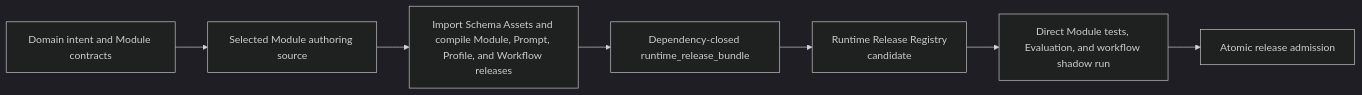
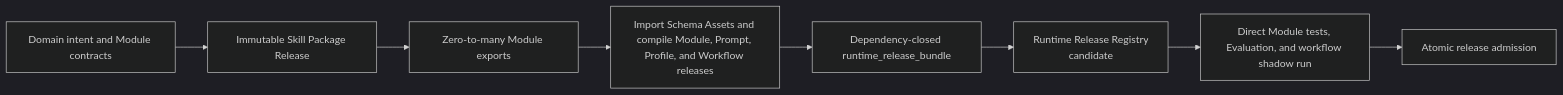
One commit to bobaoai/agent_runtime changed the second of 6 diagrams in designDoc/the_agent_runtime.md. Above: the diagram before and after it, drawn with Mermaid (dark theme). The commit also changed other lines of this file and 120 other files, not shown here.

````diff
--- a/designDoc/the_agent_runtime.md
+++ b/designDoc/the_agent_runtime.md
@@ -141,9 +135,10 @@
 ```mermaid
 flowchart LR
-    INTENT["Domain intent and Module contracts"] --> SOURCE["Selected Module authoring source"]
-    SOURCE --> COMPILE["Import Schema Assets and compile Module, Prompt, Profile, and Workflow releases"]
+    INTENT["Domain intent and Module contracts"] --> SKILL["Immutable Skill Package Release"]
+    SKILL --> EXPORT["Zero-to-many Module exports"]
+    EXPORT --> COMPILE["Import Schema Assets and compile Module, Prompt, Profile, and Workflow releases"]
     COMPILE --> BUNDLE["Dependency-closed runtime_release_bundle"]
     BUNDLE --> REGISTRY_CANDIDATE["Runtime Release Registry<br/>candidate"]
     REGISTRY_CANDIDATE --> TEST["Direct Module tests, Evaluation, and workflow shadow run"]
     TEST --> ADMIT["Atomic release admission"]
 ```
````
